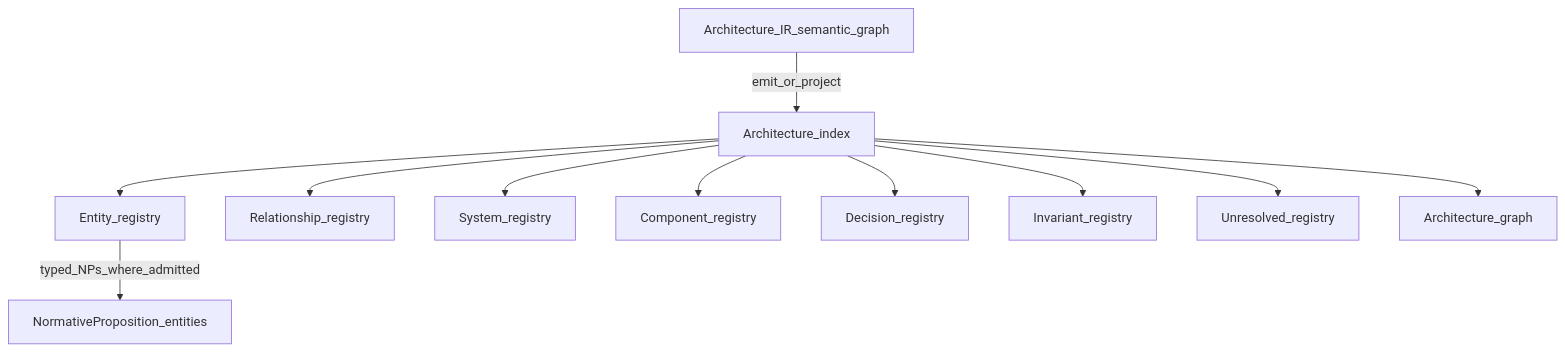
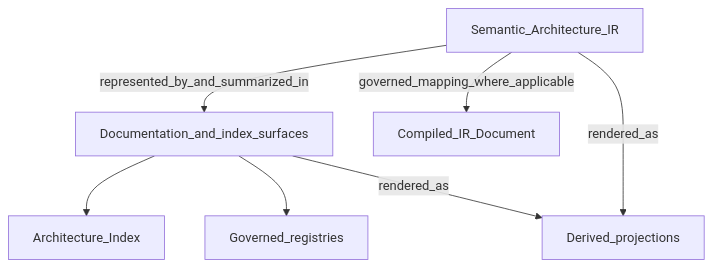
The diagram in diagrams/projection-bundle.mmd (egallmann/ste-handbook), drawn with Mermaid before and after one commit. The commit also changed 4 other files, not shown here.

First line of the commit message:
docs(part4): reconcile semantic surfaces with adr-kit 0.12

```diff
--- a/diagrams/projection-bundle.mmd
+++ b/diagrams/projection-bundle.mmd
@@ -1,17 +1,18 @@
-%% Projection bundle over Architecture IR (Diagram E). Companion to 04-architecture-model/04-07-ir-as-a-graph.md.
-%% Registries are queryable embodiment/projection surfaces—not automatic Architecture IR ontology.
-%% Normative Propositions appear as typed entities in the entity registry where admitted; no separate NP registry invented.
+%% Role surfaces related to Architecture IR (Diagram E). Companion to 04-architecture-model/04-07-ir-as-a-graph.md.
+%% Role-oriented: NOT a mandatory IR -> Index -> registries storage/authority pipeline.
+%% Architecture Index ≠ projection; Architecture Index ≠ Compiled_IR_Document;
+%% normalized ADR-Kit entity ≠ compiled IR entity.
 
 flowchart TB
-  IR[Architecture_IR_semantic_graph]
-  IDX[Architecture_index]
-  IR -->|"emit_or_project"| IDX
-  IDX --> ENT[Entity_registry]
-  IDX --> REL[Relationship_registry]
-  IDX --> SYS[System_registry]
-  IDX --> CMP[Component_registry]
-  IDX --> DEC[Decision_registry]
-  IDX --> INV[Invariant_registry]
-  IDX --> UNR[Unresolved_registry]
-  IDX --> GRA[Architecture_graph]
-  ENT -->|"typed_NPs_where_admitted"| NP[NormativeProposition_entities]
+  IR[Semantic_Architecture_IR]
+  DOC[Documentation_and_index_surfaces]
+  IDX[Architecture_Index]
+  REG[Governed_registries]
+  COMP[Compiled_IR_Document]
+  PROJ[Derived_projections]
+  IR -->|"represented_by_and_summarized_in"| DOC
+  DOC --> IDX
+  DOC --> REG
+  IR -->|"governed_mapping_where_applicable"| COMP
+  IR -->|"rendered_as"| PROJ
+  DOC -->|"rendered_as"| PROJ
```
